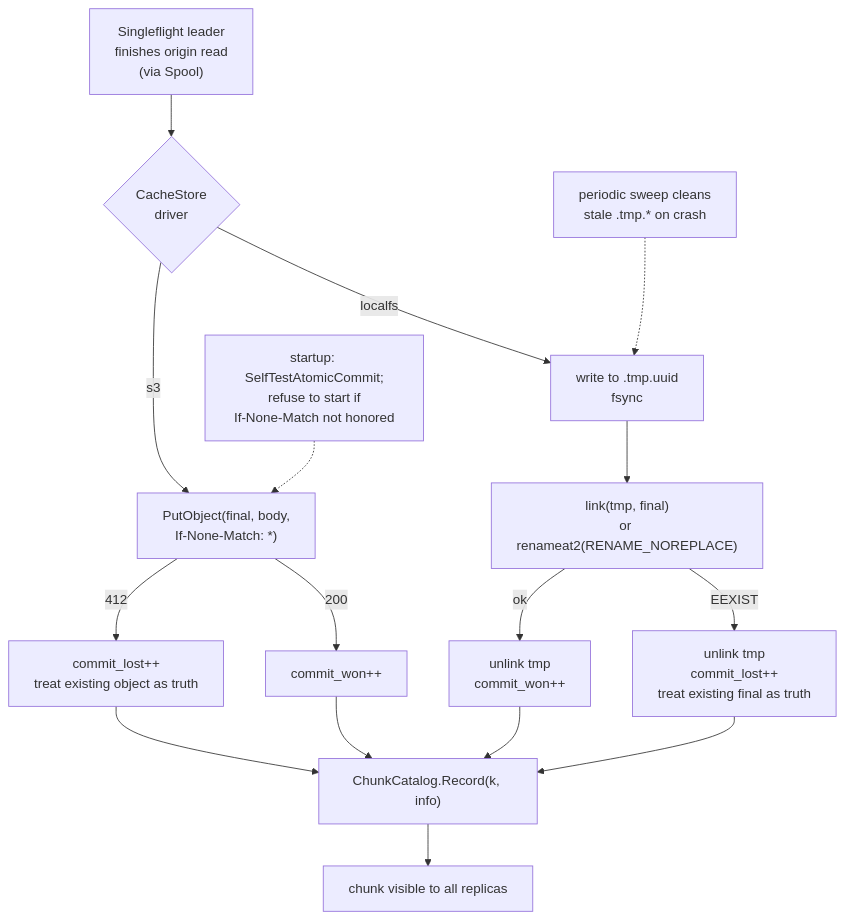
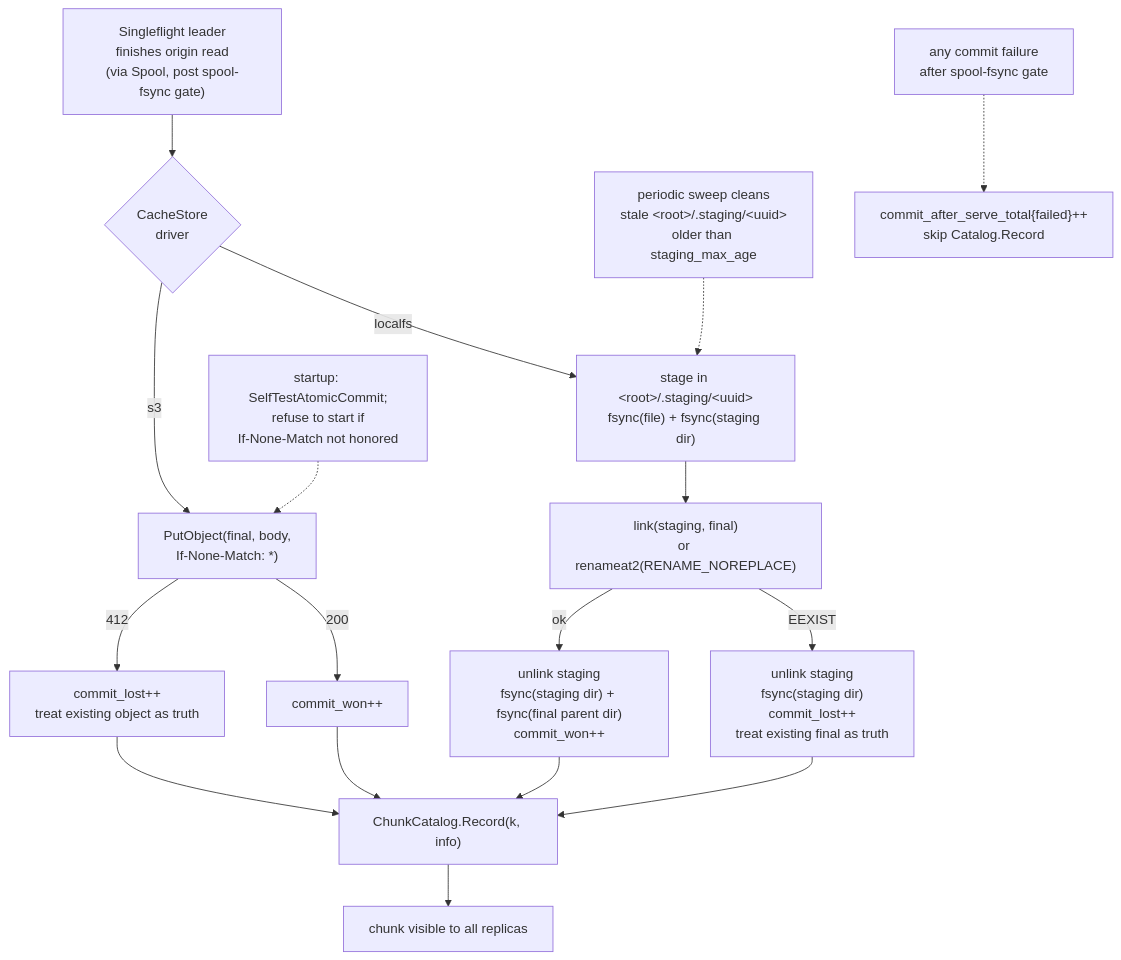
One commit to Azure/unbounded changed the ninth of 11 diagrams in designdocs/origincache/design.md. Above: the diagram before and after it, drawn with Mermaid. The commit also changed other lines of this file, not shown here.

````diff
--- a/designdocs/origincache/design.md
+++ b/designdocs/origincache/design.md
@@ -719,18 +972,19 @@
 ```mermaid
 flowchart TB
-    Leader["Singleflight leader<br/>finishes origin read<br/>(via Spool)"] --> Driver{"CacheStore<br/>driver"}
-    Driver -- "localfs" --> L1["write to .tmp.uuid<br/>fsync"]
-    L1 --> L2["link(tmp, final)<br/>or renameat2(RENAME_NOREPLACE)"]
-    L2 -- "EEXIST" --> Llost["unlink tmp<br/>commit_lost++<br/>treat existing final as truth"]
-    L2 -- "ok" --> Lwon["unlink tmp<br/>commit_won++"]
+    Leader["Singleflight leader<br/>finishes origin read<br/>(via Spool, post spool-fsync gate)"] --> Driver{"CacheStore<br/>driver"}
+    Driver -- "localfs" --> L1["stage in &lt;root&gt;/.staging/&lt;uuid&gt;<br/>fsync(file) + fsync(staging dir)"]
+    L1 --> L2["link(staging, final)<br/>or renameat2(RENAME_NOREPLACE)"]
+    L2 -- "EEXIST" --> Llost["unlink staging<br/>fsync(staging dir)<br/>commit_lost++<br/>treat existing final as truth"]
+    L2 -- "ok" --> Lwon["unlink staging<br/>fsync(staging dir) + fsync(final parent dir)<br/>commit_won++"]
     Driver -- "s3" --> S1["PutObject(final, body,<br/>If-None-Match: *)"]
     S1 -- "200" --> Swon["commit_won++"]
     S1 -- "412" --> Slost["commit_lost++<br/>treat existing object as truth"]
     Lwon --> Pub["ChunkCatalog.Record(k, info)"]
     Llost --> Pub
     Swon --> Pub
     Slost --> Pub
     Pub --> Done["chunk visible to all replicas"]
-    Sweep["periodic sweep cleans<br/>stale .tmp.* on crash"] -.-> L1
+    Sweep["periodic sweep cleans<br/>stale &lt;root&gt;/.staging/&lt;uuid&gt;<br/>older than staging_max_age"] -.-> L1
     SelfTest["startup: SelfTestAtomicCommit;<br/>refuse to start if<br/>If-None-Match not honored"] -.-> S1
+    Failed["any commit failure<br/>after spool-fsync gate"] -.-> CASF["commit_after_serve_total{failed}++<br/>skip Catalog.Record"]
 ```
````
